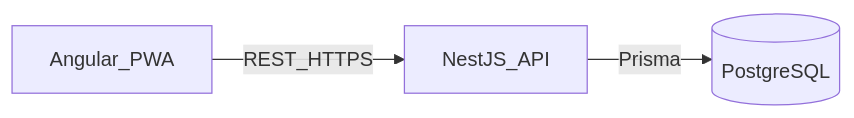
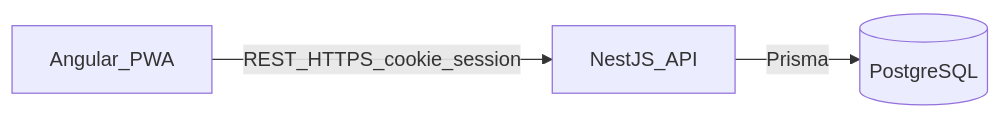
Before and after one commit to omidfarhang/finance-omid-dev: the diagram in docs/design.md, drawn with Mermaid. The commit also changed other lines of this file and 87 other files, not shown here.

````diff
--- a/docs/design.md
+++ b/docs/design.md
@@ -35,8 +38,8 @@
 ```mermaid
 flowchart LR
   browser[Angular_PWA]
   api[NestJS_API]
   db[(PostgreSQL)]
-  browser -->|REST_HTTPS| api
+  browser -->|REST_HTTPS_cookie_session| api
   api -->|Prisma| db
 ```
````
